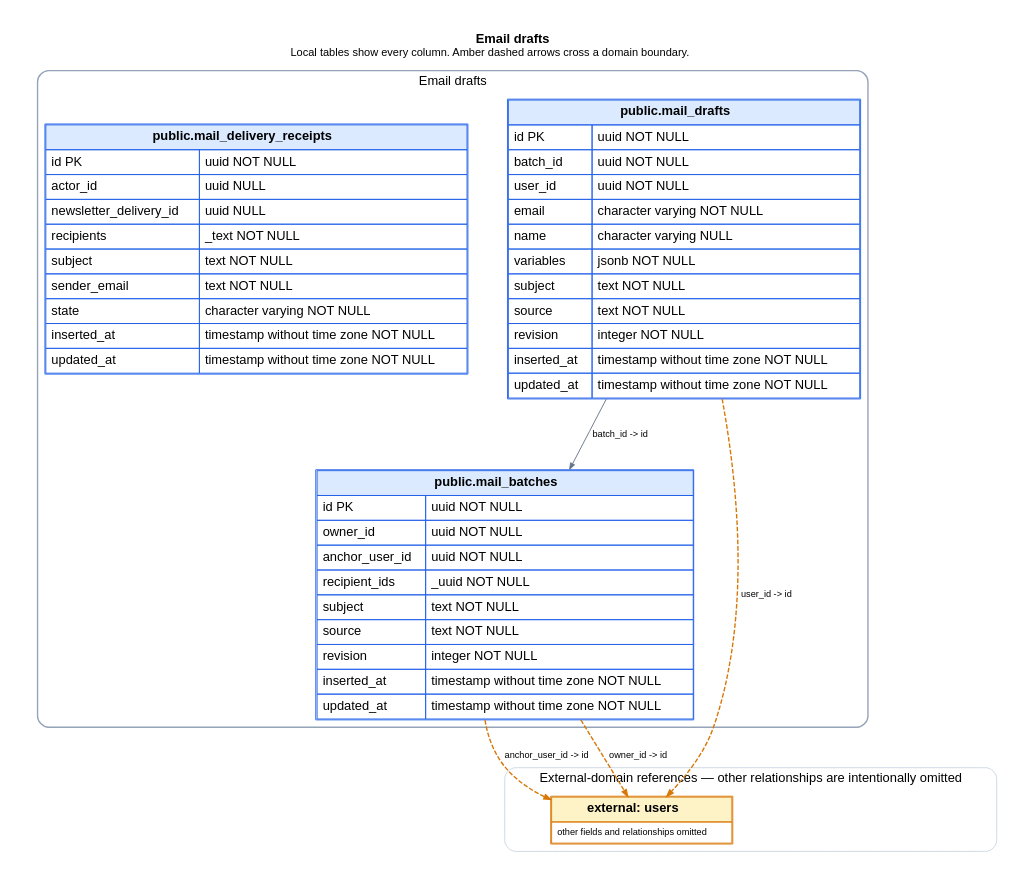
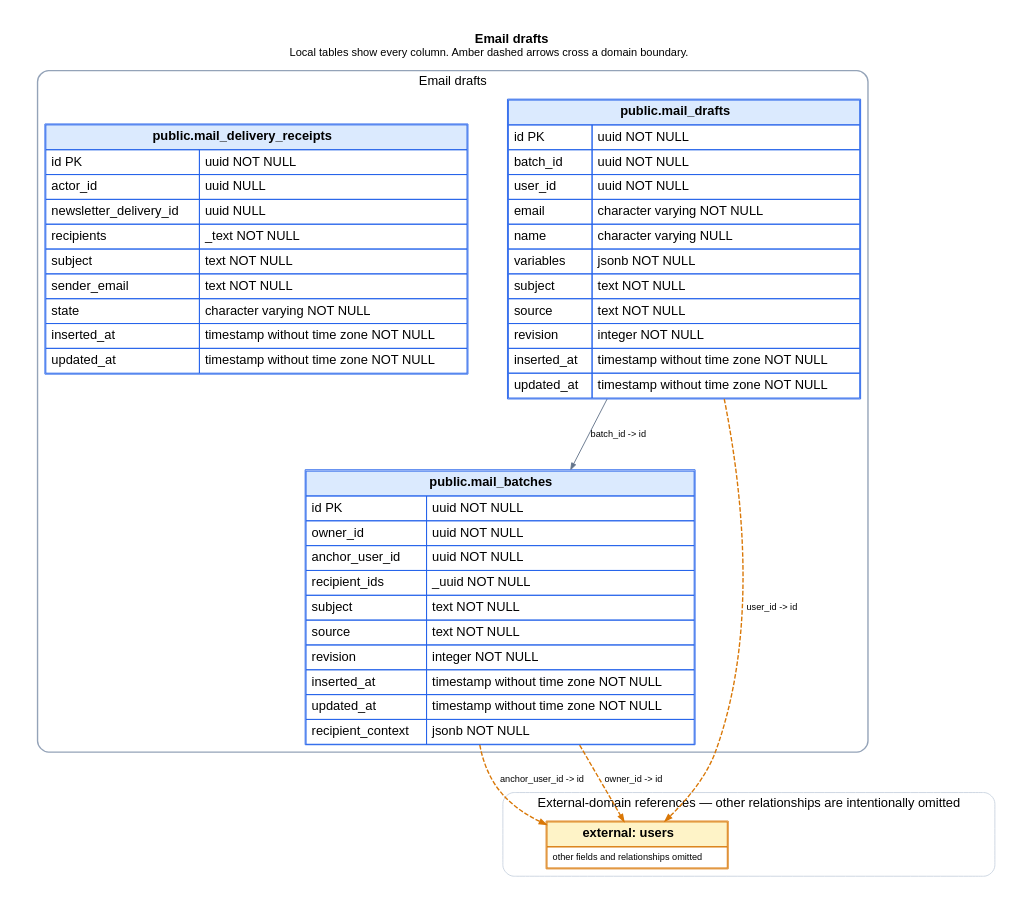
The diagram in docs/schema/domains/mail_drafts.dot (ogourment/pauseai.ca-website), drawn with Graphviz before and after one commit. The commit also changed 13 other files, not shown here.

```diff
--- a/docs/schema/domains/mail_drafts.dot
+++ b/docs/schema/domains/mail_drafts.dot
@@ -1,54 +1,54 @@
 digraph mail_drafts {
   graph [rankdir=TB, bgcolor="white", pad=0.35, nodesep=0.6, ranksep=0.9, fontname="Helvetica"];
   node [shape=plain, fontname="Helvetica"];
   edge [fontname="Helvetica", fontsize=10, arrowsize=0.7];
   labelloc="t";
   label=< <B>Email drafts</B><BR/><FONT POINT-SIZE="12">Local tables show every column. Amber dashed arrows cross a domain boundary.</FONT> >;
 
   subgraph cluster_local {
     label="Email drafts";
     color="#94a3b8";
     penwidth=1.5;
     style="rounded";
   "mail_batches" [label=<
     <TABLE BORDER="1" CELLBORDER="1" CELLSPACING="0" CELLPADDING="5" COLOR="#2563eb">
       <TR><TD BGCOLOR="#dbeafe" COLSPAN="2"><B>public.mail_batches</B></TD></TR>
-      <TR><TD ALIGN="LEFT">id PK</TD><TD ALIGN="LEFT">uuid NOT NULL</TD></TR><TR><TD ALIGN="LEFT">owner_id</TD><TD ALIGN="LEFT">uuid NOT NULL</TD></TR><TR><TD ALIGN="LEFT">anchor_user_id</TD><TD ALIGN="LEFT">uuid NOT NULL</TD></TR><TR><TD ALIGN="LEFT">recipient_ids</TD><TD ALIGN="LEFT">_uuid NOT NULL</TD></TR><TR><TD ALIGN="LEFT">subject</TD><TD ALIGN="LEFT">text NOT NULL</TD></TR><TR><TD ALIGN="LEFT">source</TD><TD ALIGN="LEFT">text NOT NULL</TD></TR><TR><TD ALIGN="LEFT">revision</TD><TD ALIGN="LEFT">integer NOT NULL</TD></TR><TR><TD ALIGN="LEFT">inserted_at</TD><TD ALIGN="LEFT">timestamp without time zone NOT NULL</TD></TR><TR><TD ALIGN="LEFT">updated_at</TD><TD ALIGN="LEFT">timestamp without time zone NOT NULL</TD></TR>
+      <TR><TD ALIGN="LEFT">id PK</TD><TD ALIGN="LEFT">uuid NOT NULL</TD></TR><TR><TD ALIGN="LEFT">owner_id</TD><TD ALIGN="LEFT">uuid NOT NULL</TD></TR><TR><TD ALIGN="LEFT">anchor_user_id</TD><TD ALIGN="LEFT">uuid NOT NULL</TD></TR><TR><TD ALIGN="LEFT">recipient_ids</TD><TD ALIGN="LEFT">_uuid NOT NULL</TD></TR><TR><TD ALIGN="LEFT">subject</TD><TD ALIGN="LEFT">text NOT NULL</TD></TR><TR><TD ALIGN="LEFT">source</TD><TD ALIGN="LEFT">text NOT NULL</TD></TR><TR><TD ALIGN="LEFT">revision</TD><TD ALIGN="LEFT">integer NOT NULL</TD></TR><TR><TD ALIGN="LEFT">inserted_at</TD><TD ALIGN="LEFT">timestamp without time zone NOT NULL</TD></TR><TR><TD ALIGN="LEFT">updated_at</TD><TD ALIGN="LEFT">timestamp without time zone NOT NULL</TD></TR><TR><TD ALIGN="LEFT">recipient_context</TD><TD ALIGN="LEFT">jsonb NOT NULL</TD></TR>
     </TABLE>
   >];
 
   "mail_drafts" [label=<
     <TABLE BORDER="1" CELLBORDER="1" CELLSPACING="0" CELLPADDING="5" COLOR="#2563eb">
       <TR><TD BGCOLOR="#dbeafe" COLSPAN="2"><B>public.mail_drafts</B></TD></TR>
       <TR><TD ALIGN="LEFT">id PK</TD><TD ALIGN="LEFT">uuid NOT NULL</TD></TR><TR><TD ALIGN="LEFT">batch_id</TD><TD ALIGN="LEFT">uuid NOT NULL</TD></TR><TR><TD ALIGN="LEFT">user_id</TD><TD ALIGN="LEFT">uuid NOT NULL</TD></TR><TR><TD ALIGN="LEFT">email</TD><TD ALIGN="LEFT">character varying NOT NULL</TD></TR><TR><TD ALIGN="LEFT">name</TD><TD ALIGN="LEFT">character varying NULL</TD></TR><TR><TD ALIGN="LEFT">variables</TD><TD ALIGN="LEFT">jsonb NOT NULL</TD></TR><TR><TD ALIGN="LEFT">subject</TD><TD ALIGN="LEFT">text NOT NULL</TD></TR><TR><TD ALIGN="LEFT">source</TD><TD ALIGN="LEFT">text NOT NULL</TD></TR><TR><TD ALIGN="LEFT">revision</TD><TD ALIGN="LEFT">integer NOT NULL</TD></TR><TR><TD ALIGN="LEFT">inserted_at</TD><TD ALIGN="LEFT">timestamp without time zone NOT NULL</TD></TR><TR><TD ALIGN="LEFT">updated_at</TD><TD ALIGN="LEFT">timestamp without time zone NOT NULL</TD></TR>
     </TABLE>
   >];
 
   "mail_delivery_receipts" [label=<
     <TABLE BORDER="1" CELLBORDER="1" CELLSPACING="0" CELLPADDING="5" COLOR="#2563eb">
       <TR><TD BGCOLOR="#dbeafe" COLSPAN="2"><B>public.mail_delivery_receipts</B></TD></TR>
       <TR><TD ALIGN="LEFT">id PK</TD><TD ALIGN="LEFT">uuid NOT NULL</TD></TR><TR><TD ALIGN="LEFT">actor_id</TD><TD ALIGN="LEFT">uuid NULL</TD></TR><TR><TD ALIGN="LEFT">newsletter_delivery_id</TD><TD ALIGN="LEFT">uuid NULL</TD></TR><TR><TD ALIGN="LEFT">recipients</TD><TD ALIGN="LEFT">_text NOT NULL</TD></TR><TR><TD ALIGN="LEFT">subject</TD><TD ALIGN="LEFT">text NOT NULL</TD></TR><TR><TD ALIGN="LEFT">sender_email</TD><TD ALIGN="LEFT">text NOT NULL</TD></TR><TR><TD ALIGN="LEFT">state</TD><TD ALIGN="LEFT">character varying NOT NULL</TD></TR><TR><TD ALIGN="LEFT">inserted_at</TD><TD ALIGN="LEFT">timestamp without time zone NOT NULL</TD></TR><TR><TD ALIGN="LEFT">updated_at</TD><TD ALIGN="LEFT">timestamp without time zone NOT NULL</TD></TR>
     </TABLE>
   >];
 
   }
 
   subgraph cluster_external {
     label="External-domain references — other relationships are intentionally omitted";
     color="#cbd5e1";
     penwidth=1;
     style="rounded";
   "users" [label=<
     <TABLE BORDER="1" CELLBORDER="1" CELLSPACING="0" CELLPADDING="5" COLOR="#d97706">
       <TR><TD BGCOLOR="#fef3c7"><B>external: users</B></TD></TR>
       <TR><TD><FONT POINT-SIZE="10">other fields and relationships omitted</FONT></TD></TR>
     </TABLE>
   >];
 
   }
 
   "mail_batches" -> "users" [label="anchor_user_id -> id", color="#d97706", style="dashed", penwidth=1.5];
   "mail_batches" -> "users" [label="owner_id -> id", color="#d97706", style="dashed", penwidth=1.5];
   "mail_drafts" -> "mail_batches" [label="batch_id -> id", color="#64748b"];
   "mail_drafts" -> "users" [label="user_id -> id", color="#d97706", style="dashed", penwidth=1.5];
 }
```
